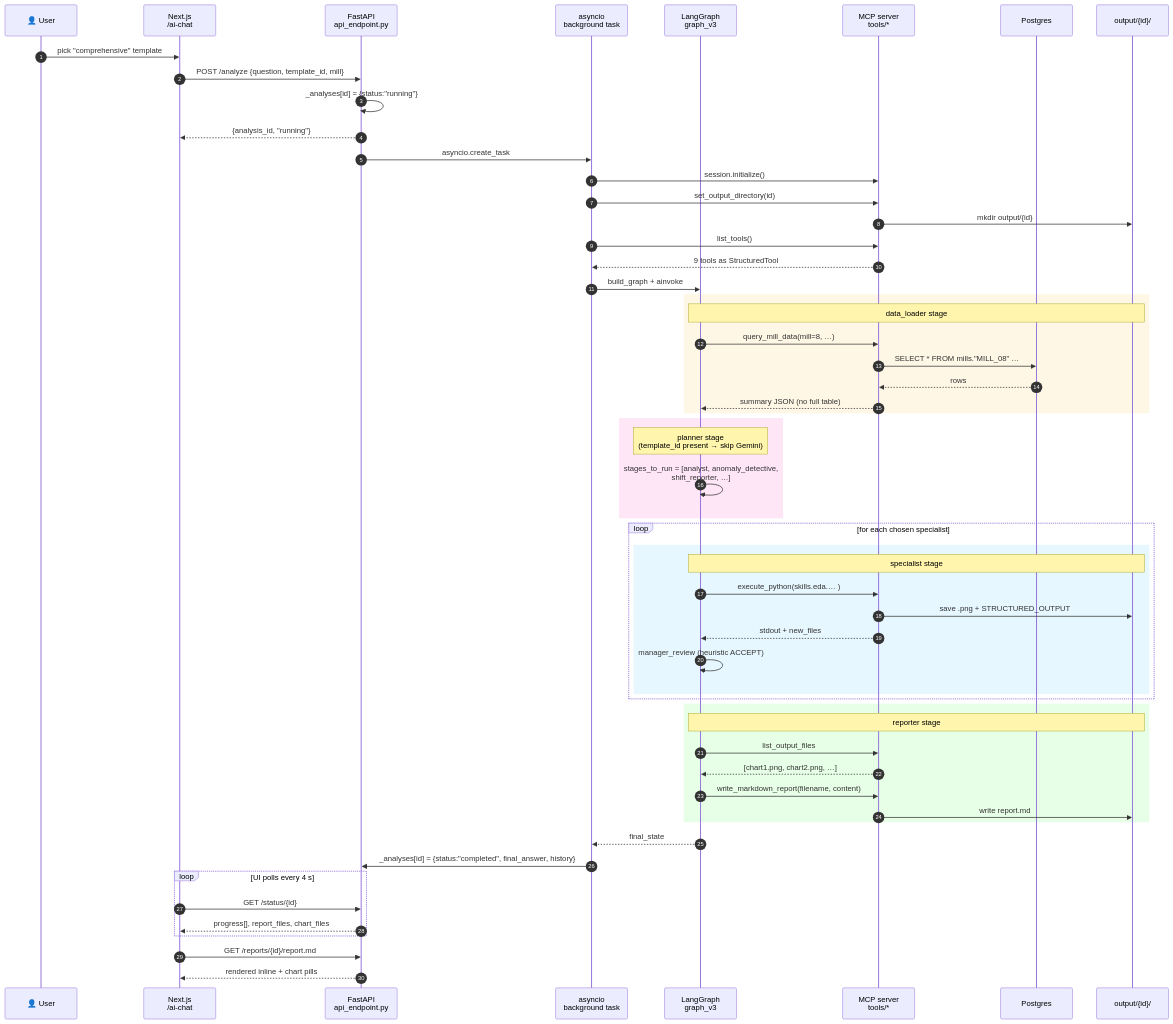
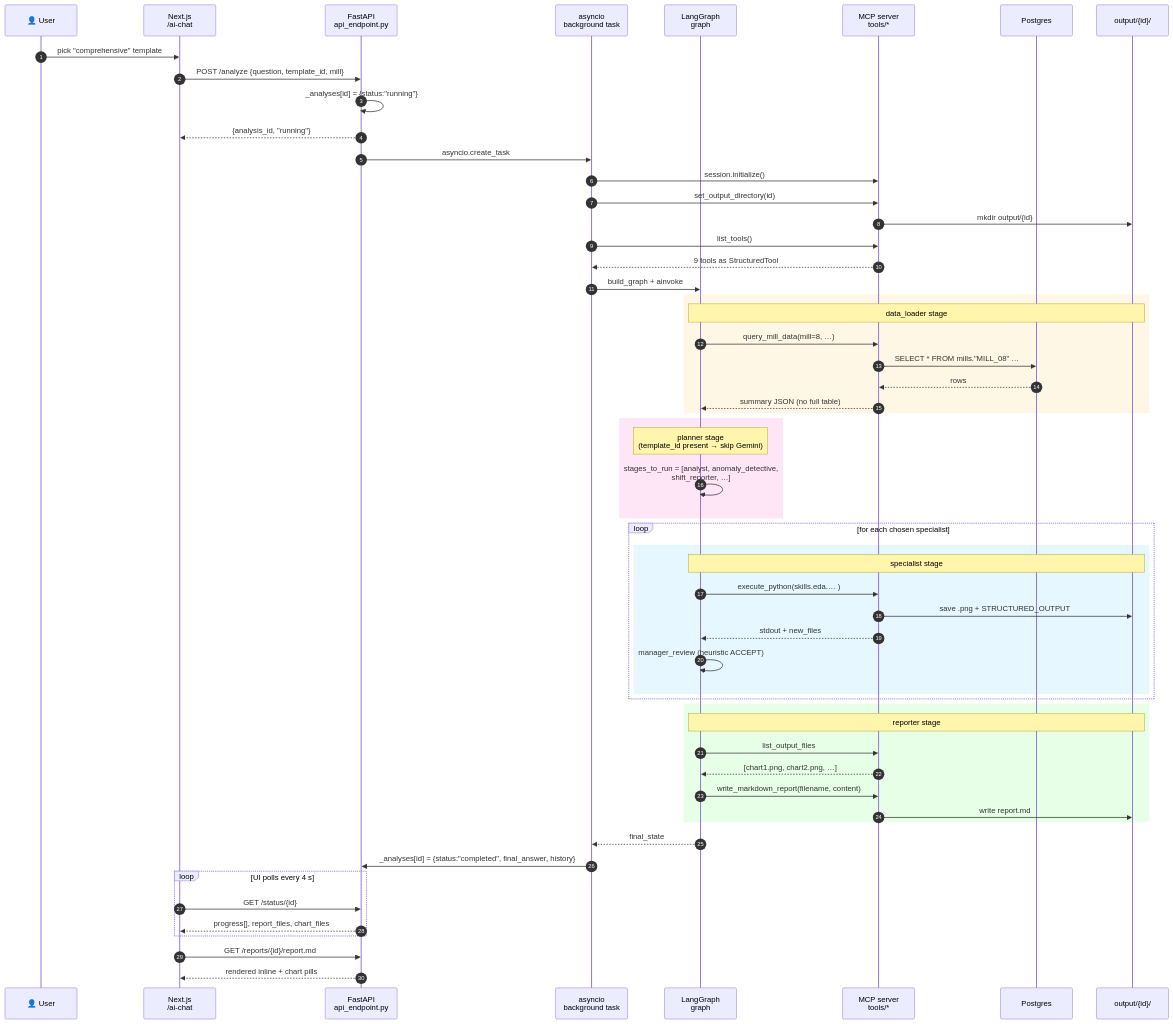
The diagram in python/agentic/docs/py_md/14_request_lifecycle.md (Patchino76/ok_dashboard), drawn with Mermaid before and after one commit. The commit also changed 24 other files, not shown here.

````diff
--- a/python/agentic/docs/py_md/14_request_lifecycle.md
+++ b/python/agentic/docs/py_md/14_request_lifecycle.md
@@ -9,67 +9,67 @@
 ```mermaid
 sequenceDiagram
     autonumber
     participant U as 👤 User
     participant UI as Next.js<br/>/ai-chat
     participant API as FastAPI<br/>api_endpoint.py
     participant BG as asyncio<br/>background task
-    participant LG as LangGraph<br/>graph_v3
+    participant LG as LangGraph<br/>graph
     participant MCP as MCP server<br/>tools/*
     participant DB as Postgres
     participant FS as output/{id}/
 
     U->>UI: pick "comprehensive" template
     UI->>API: POST /analyze {question, template_id, mill}
     API->>API: _analyses[id] = {status:"running"}
     API-->>UI: {analysis_id, "running"}
     API->>BG: asyncio.create_task
 
     BG->>MCP: session.initialize()
     BG->>MCP: set_output_directory(id)
     MCP->>FS: mkdir output/{id}
     BG->>MCP: list_tools()
     MCP-->>BG: 9 tools as StructuredTool
 
     BG->>LG: build_graph + ainvoke
 
     rect rgb(255, 247, 230)
         Note over LG,FS: data_loader stage
         LG->>MCP: query_mill_data(mill=8, …)
         MCP->>DB: SELECT * FROM mills."MILL_08" …
         DB-->>MCP: rows
         MCP-->>LG: summary JSON (no full table)
     end
 
     rect rgb(255, 230, 247)
         Note over LG: planner stage<br/>(template_id present → skip Gemini)
         LG->>LG: stages_to_run = [analyst, anomaly_detective,<br/>shift_reporter, …]
     end
 
     loop for each chosen specialist
         rect rgb(230, 247, 255)
             Note over LG,FS: specialist stage
             LG->>MCP: execute_python(skills.eda.… )
             MCP->>FS: save .png + STRUCTURED_OUTPUT
             MCP-->>LG: stdout + new_files
             LG->>LG: manager_review (heuristic ACCEPT)
         end
     end
 
     rect rgb(230, 255, 230)
         Note over LG,FS: reporter stage
         LG->>MCP: list_output_files
         MCP-->>LG: [chart1.png, chart2.png, …]
         LG->>MCP: write_markdown_report(filename, content)
         MCP->>FS: write report.md
     end
 
     LG-->>BG: final_state
     BG->>API: _analyses[id] = {status:"completed", final_answer, history}
 
     loop UI polls every 4 s
         UI->>API: GET /status/{id}
         API-->>UI: progress[], report_files, chart_files
     end
     UI->>API: GET /reports/{id}/report.md
     API-->>UI: rendered inline + chart pills
 ```
````
